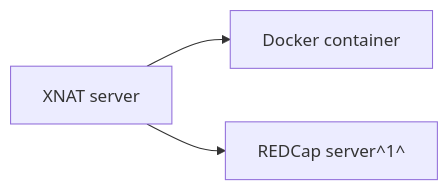
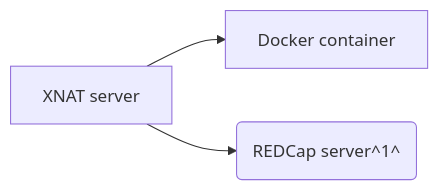
One commit to SimonClifford/ai-present changed the second of 3 diagrams in presentation.qmd. Above: the diagram before and after it, drawn with Mermaid. The commit also changed other lines of this file, not shown here.

````diff
--- a/presentation.qmd
+++ b/presentation.qmd
@@ -78,7 +78,7 @@
 ```{mermaid}
 %%| fig-width: 1000.0px
 %%| fig-height: 400.0px
 graph LR
 A[XNAT server] --> B[Docker container]
-A --> C[REDCap server^1^]
+A --> C(REDCap server^1^)
 ```
````
